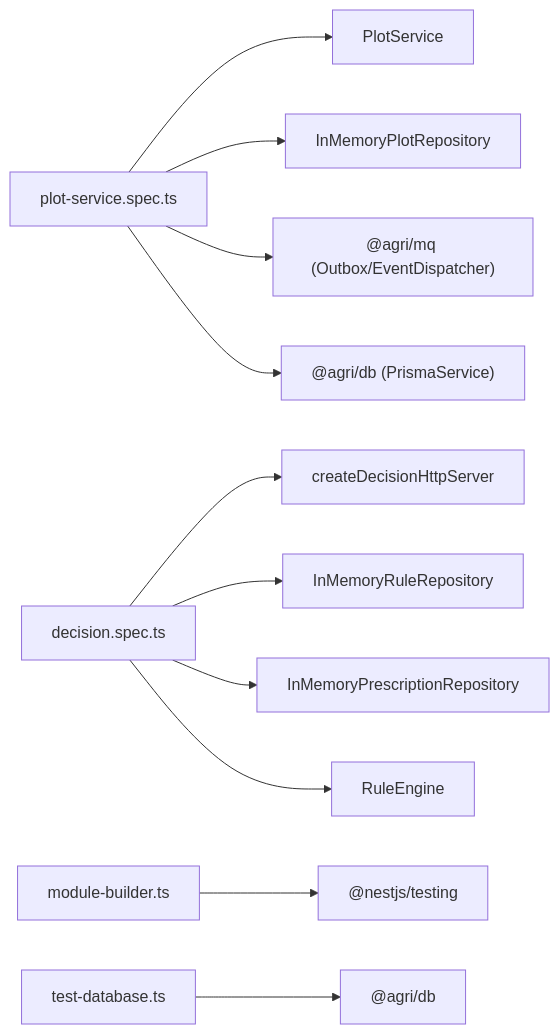
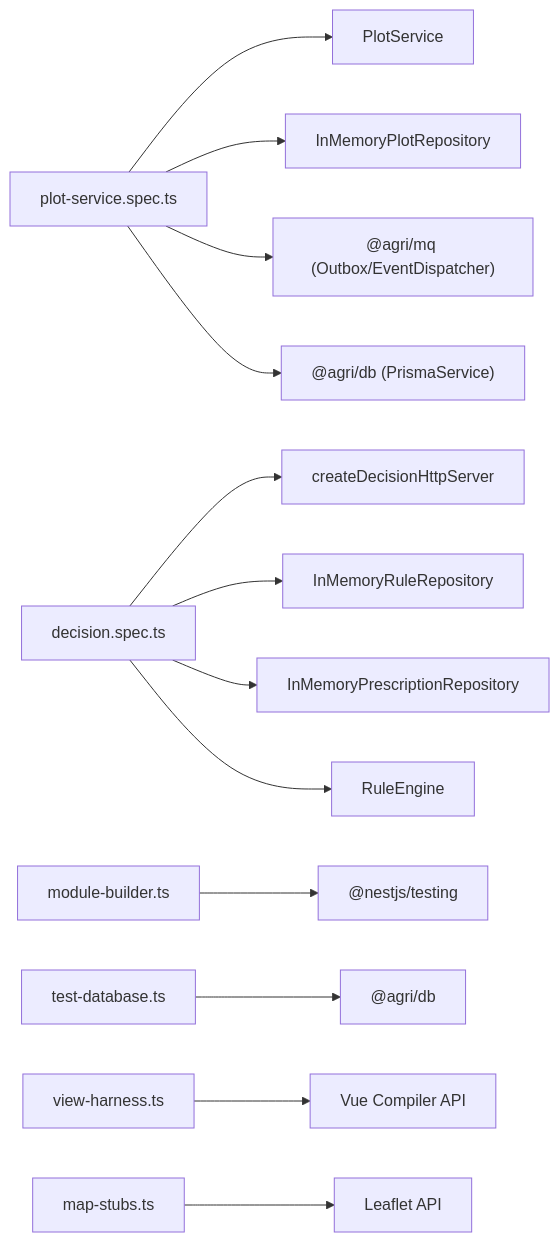
One commit to q446328246/agri-platform changed the fifth of 5 diagrams in .qoder/repowiki/zh/content/测试策略/单元测试.md. Above: the diagram before and after it, drawn with Mermaid. The commit also changed other lines of this file and 47 other files, not shown here.

````diff
--- a/.qoder/repowiki/zh/content/测试策略/单元测试.md
+++ b/.qoder/repowiki/zh/content/测试策略/单元测试.md
@@ -316,13 +429,15 @@
 ```mermaid
 graph LR
 PS["plot-service.spec.ts"] --> SVC["PlotService"]
 PS --> REPO["InMemoryPlotRepository"]
 PS --> MQ["@agri/mq (Outbox/EventDispatcher)"]
 PS --> DB["@agri/db (PrismaService)"]
 DS["decision.spec.ts"] --> HTTP["createDecisionHttpServer"]
 DS --> RR["InMemoryRuleRepository"]
 DS --> PR["InMemoryPrescriptionRepository"]
 DS --> ENG["RuleEngine"]
 MB["module-builder.ts"] --> NEST["@nestjs/testing"]
 TD["test-database.ts"] --> DBI["@agri/db"]
+VH["view-harness.ts"] --> VUE["Vue Compiler API"]
+MS["map-stubs.ts"] --> LEAFLET["Leaflet API"]
 ```
````
